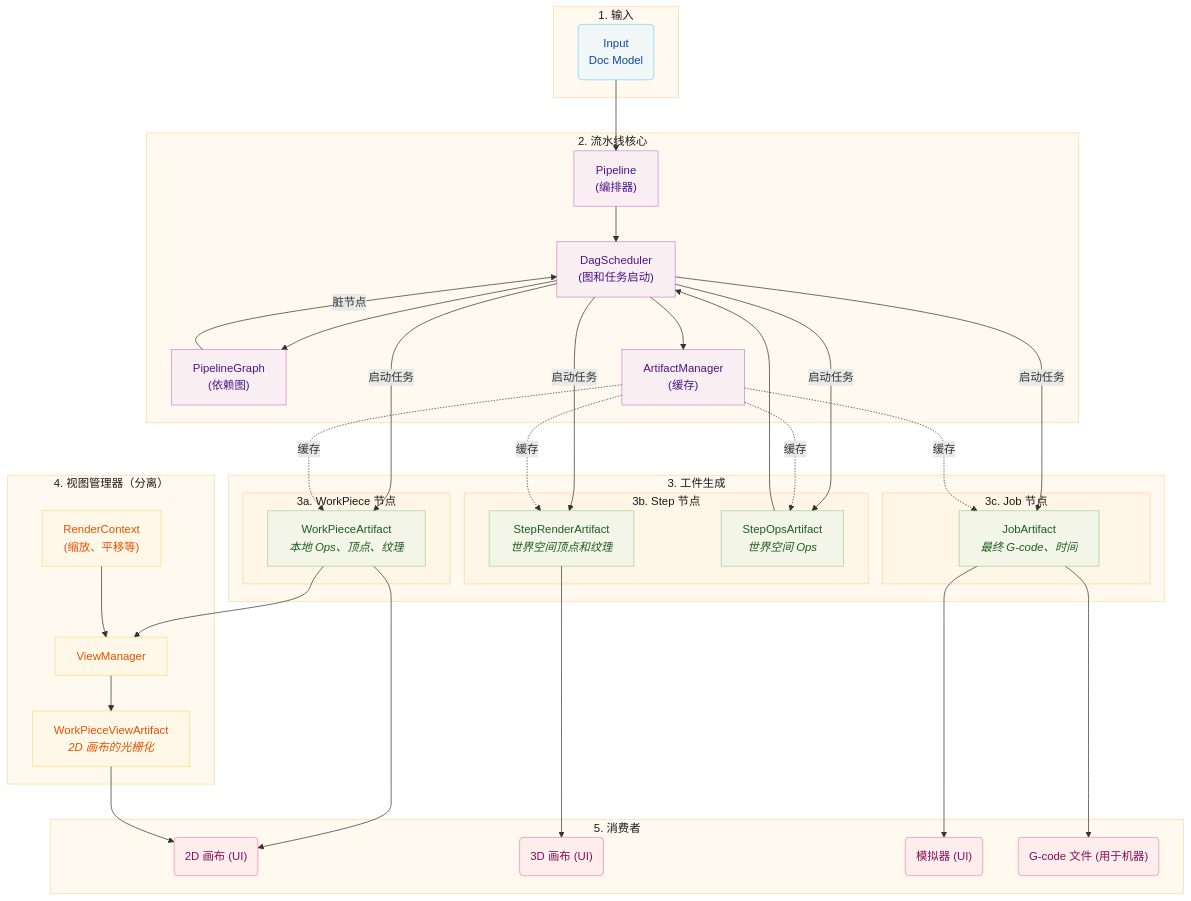
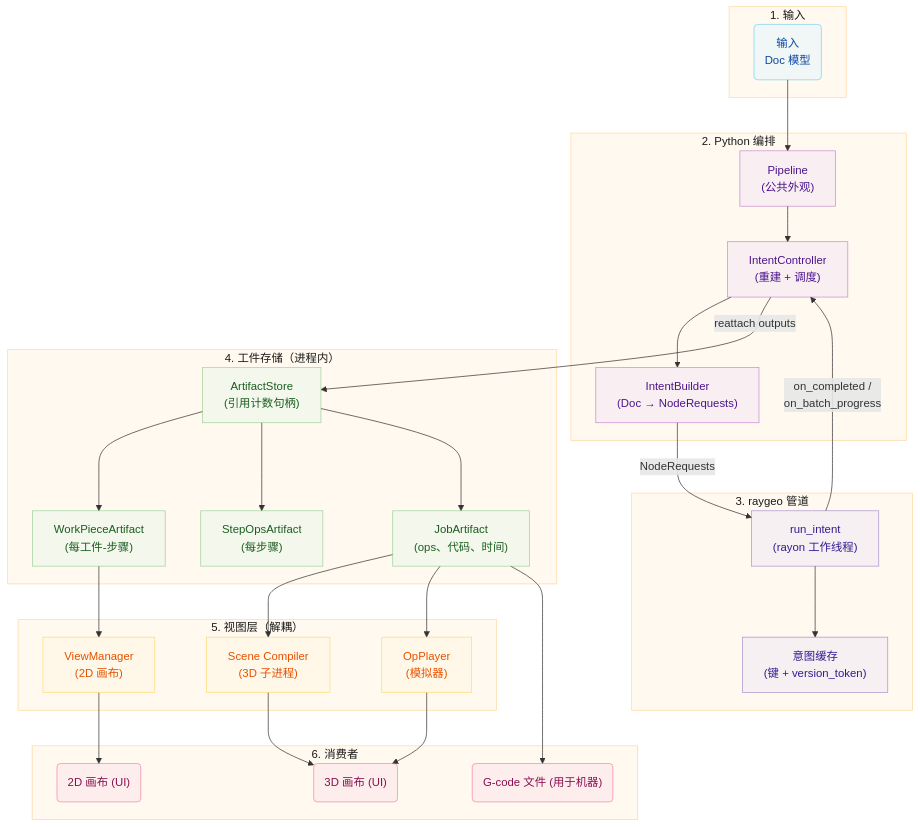
One commit to barebaric/rayforge changed the diagram in website/i18n/zh-CN/docusaurus-plugin-content-docs/current/developer/pipeline.md. Above: the diagram before and after it, drawn with Mermaid. The commit also changed other lines of this file and 7 other files, not shown here.

````diff
--- a/website/i18n/zh-CN/docusaurus-plugin-content-docs/current/developer/pipeline.md
+++ b/website/i18n/zh-CN/docusaurus-plugin-content-docs/current/developer/pipeline.md
@@ -5,81 +11,71 @@
 ```mermaid
 graph TD
     subgraph Input["1. 输入"]
-        InputNode("Input<br/>Doc Model")
+        InputNode("输入<br/>Doc 模型")
     end
 
-    subgraph PipelineCore["2. 流水线核心"]
-        Pipeline["Pipeline<br/>(编排器)"]
-        DAG["DagScheduler<br/>(图和任务启动)"]
-        Graph["PipelineGraph<br/>(依赖图)"]
-        AM["ArtifactManager<br/>(缓存)"]
+    subgraph PythonOrchestrator["2. Python 编排"]
+        Pipeline["Pipeline<br/>(公共外观)"]
+        IC["IntentController<br/>(重建 + 调度)"]
+        IB["IntentBuilder<br/>(Doc &rarr; NodeRequests)"]
     end
 
-    subgraph ArtifactGen["3. 工件生成"]
-        subgraph WorkPieceNodes["3a. WorkPiece 节点"]
-            WP["WorkPieceArtifact<br/><i>本地 Ops、顶点、纹理</i>"]
-        end
-
-        subgraph StepNodes["3b. Step 节点"]
-            SR["StepRenderArtifact<br/><i>世界空间顶点和纹理</i>"]
-            SO["StepOpsArtifact<br/><i>世界空间 Ops</i>"]
-        end
-
-        subgraph JobNode["3c. Job 节点"]
-            JA["JobArtifact<br/><i>最终 G-code、时间</i>"]
-        end
+    subgraph Raygeo["3. raygeo 管道"]
+        RI["run_intent<br/>(rayon 工作线程)"]
+        Cache["意图缓存<br/>(键 + version_token)"]
     end
 
-    subgraph ViewMgr["4. 视图管理器（分离）"]
-        VM["ViewManager"]
-        VC["RenderContext<br/>(缩放、平移等)"]
-        WV["WorkPieceViewArtifact<br/><i>2D 画布的光栅化</i>"]
+    subgraph Artifacts["4. 工件存储（进程内）"]
+        Store["ArtifactStore<br/>(引用计数句柄)"]
+        WP["WorkPieceArtifact<br/>(每工件-步骤)"]
+        SO["StepOpsArtifact<br/>(每步骤)"]
+        JA["JobArtifact<br/>(ops、代码、时间)"]
     end
 
-    subgraph Consumers["5. 消费者"]
+    subgraph View["5. 视图层（解耦）"]
+        VM["ViewManager<br/>(2D 画布)"]
+        SC["Scene Compiler<br/>(3D 子进程)"]
+        OP["OpPlayer<br/>(模拟器)"]
+    end
+
+    subgraph Consumers["6. 消费者"]
         Vis2D("2D 画布 (UI)")
         Vis3D("3D 画布 (UI)")
-        Simulator("模拟器 (UI)")
         File("G-code 文件 (用于机器)")
     end
 
     InputNode --> Pipeline
-    Pipeline --> DAG
-    DAG --> Graph
-    DAG --> AM
+    Pipeline --> IC
+    IC --> IB
+    IB -->|"NodeRequests"| RI
+    RI -->|"on_completed /<br/>on_batch_progress"| IC
+    RI --> Cache
+    IC -->|"reattach outputs"| Store
+    Store --> WP
+    Store --> SO
+    Store --> JA
 
-    Graph -->|"脏节点"| DAG
-    DAG -->|"启动任务"| WP
-    DAG -->|"启动任务"| SR
-    DAG -->|"启动任务"| SO
-    DAG -->|"启动任务"| JA
-
-    AM -.->|"缓存"| WP
-    AM -.->|"缓存"| SR
-    AM -.->|"缓存"| SO
-    AM -.->|"缓存"| JA
-
-    WP --> Vis2D
     WP --> VM
-    SR --> Vis3D
-    SO --> DAG
-    JA --> Simulator
+    JA --> SC
+    JA --> OP
     JA --> File
 
-    VC --> VM
-    VM --> WV
-    WV --> Vis2D
+    VM --> Vis2D
+    SC --> Vis3D
+    OP --> Vis3D
 
     classDef clusterBox fill:#fff3e080,stroke:#ffb74d80,stroke-width:1px,color:#1a1a1a
     classDef inputNode fill:#e1f5fe80,stroke:#03a9f480,color:#0d47a1
-    classDef coreNode fill:#f3e5f580,stroke:#9c27b080,color:#4a148c
+    classDef pyNode fill:#f3e5f580,stroke:#9c27b080,color:#4a148c
+    classDef raygeoNode fill:#ede7f680,stroke:#5e35b180,color:#311b92
     classDef artifactNode fill:#e8f5e980,stroke:#4caf5080,color:#1b5e20
     classDef viewNode fill:#fff8e180,stroke:#ffc10780,color:#e65100
     classDef consumerNode fill:#fce4ec80,stroke:#e91e6380,color:#880e4f
-    class Input,PipelineCore,ArtifactGen,WorkPieceNodes,StepNodes,JobNode,ViewMgr,Consumers clusterBox
+    class Input,PythonOrchestrator,Raygeo,Artifacts,View,Consumers clusterBox
     class InputNode inputNode
-    class Pipeline,DAG,Graph,AM coreNode
-    class WP,SR,SO,JA artifactNode
-    class VM,VC,WV viewNode
-    class Vis2D,Vis3D,Simulator,File consumerNode
+    class Pipeline,IC,IB pyNode
+    class RI,Cache raygeoNode
+    class Store,WP,SO,JA artifactNode
+    class VM,SC,OP viewNode
+    class Vis2D,Vis3D,File consumerNode
 ```
````
